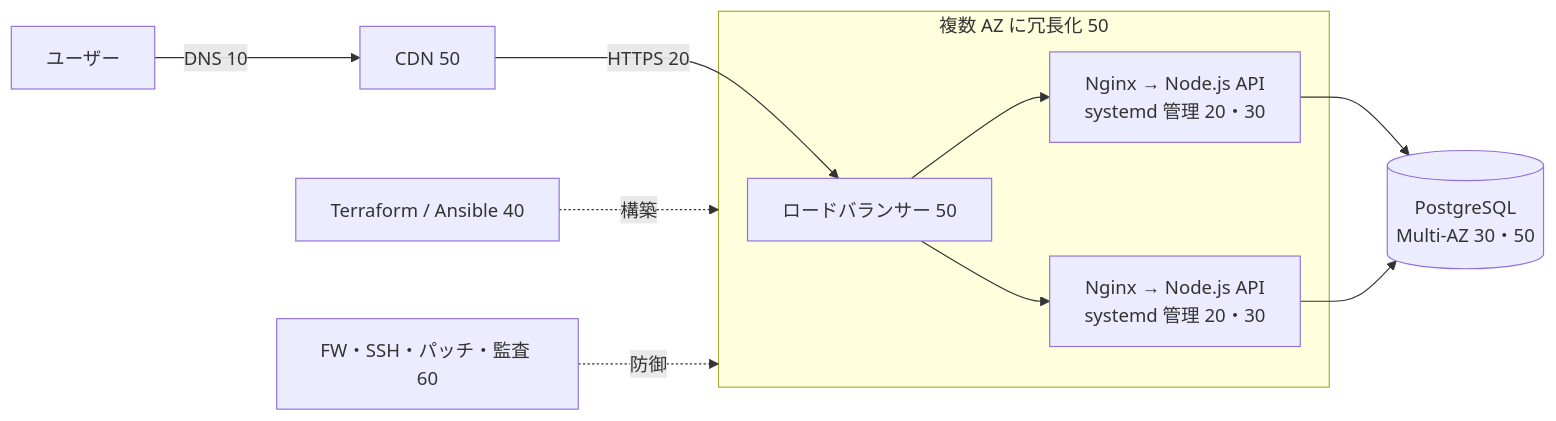
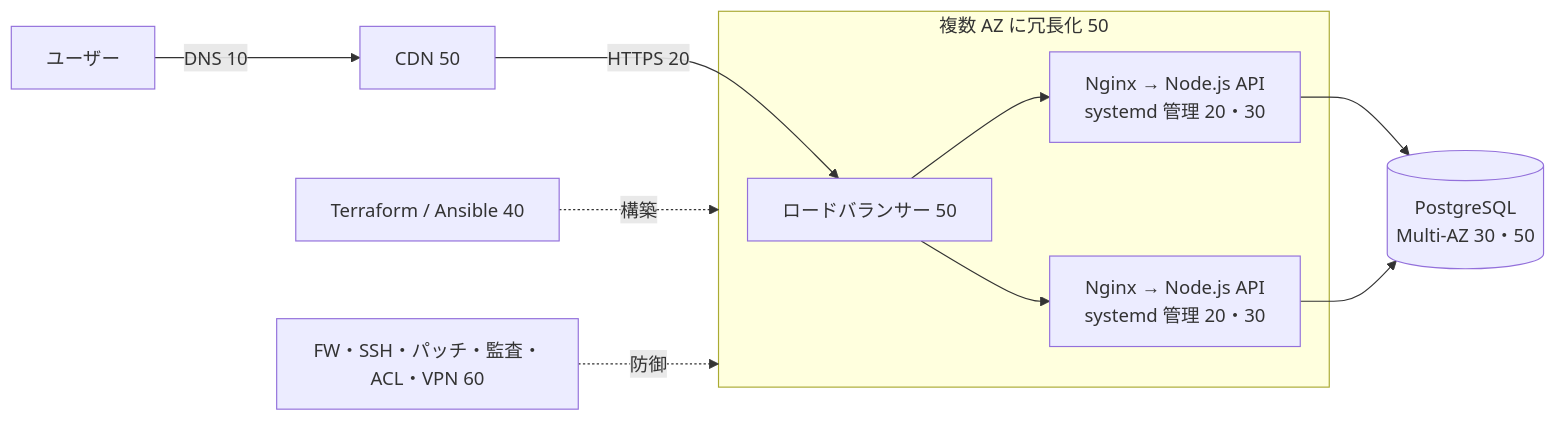
Before and after one commit to kaim0123/obsidian: the diagram in docs/61_サーバー・インフラ/00_全体像/MOC_サーバー・インフラ体系.md, drawn with Mermaid. The commit also changed other lines of this file and 116 other files, not shown here.

````diff
--- a/docs/61_サーバー・インフラ/00_全体像/MOC_サーバー・インフラ体系.md
+++ b/docs/61_サーバー・インフラ/00_全体像/MOC_サーバー・インフラ体系.md
@@ -34,13 +34,13 @@
 ```mermaid
 flowchart LR
   U[ユーザー] -->|DNS 10| CDN[CDN 50]
   CDN -->|HTTPS 20| LB[ロードバランサー 50]
   subgraph AZ[複数 AZ に冗長化 50]
     LB --> W1[Nginx → Node.js API<br/>systemd 管理 20・30]
     LB --> W2[Nginx → Node.js API<br/>systemd 管理 20・30]
   end
   W1 --> DB[(PostgreSQL<br/>Multi-AZ 30・50)]
   W2 --> DB
   IaC[Terraform / Ansible 40] -.構築.-> AZ
-  FW[FW・SSH・パッチ・監査 60] -.防御.-> AZ
+  FW[FW・SSH・パッチ・監査・ACL・VPN 60] -.防御.-> AZ
 ```
````
